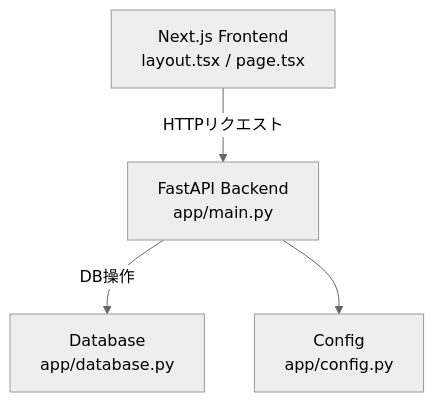
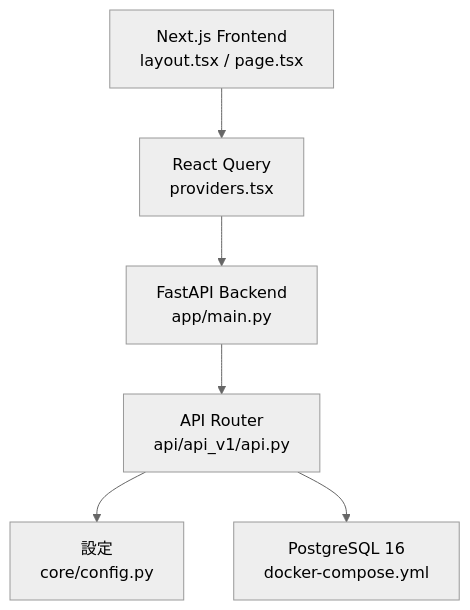
One commit to ss8806/Todos changed the second of 6 diagrams in .qoder/repowiki/ja/content/プロジェクト概要.md. Above: the diagram before and after it, drawn with Mermaid (neutral theme). The commit also changed other lines of this file and 6 other files, not shown here.

````diff
--- a/.qoder/repowiki/ja/content/プロジェクト概要.md
+++ b/.qoder/repowiki/ja/content/プロジェクト概要.md
@@ -127,10 +139,14 @@
 ```mermaid
 graph TB
 UI["Next.js Frontend<br/>layout.tsx / page.tsx"]
+QUERY["React Query<br/>providers.tsx"]
 API["FastAPI Backend<br/>app/main.py"]
-DB["Database<br/>app/database.py"]
-CFG["Config<br/>app/config.py"]
-UI --> |"HTTPリクエスト"| API
-API --> |"DB操作"| DB
-API --> CFG
+ROUTER["API Router<br/>api/api_v1/api.py"]
+DB["PostgreSQL 16<br/>docker-compose.yml"]
+CONF["設定<br/>core/config.py"]
+UI --> QUERY
+QUERY --> API
+API --> ROUTER
+ROUTER --> CONF
+ROUTER --> DB
 ```
````
